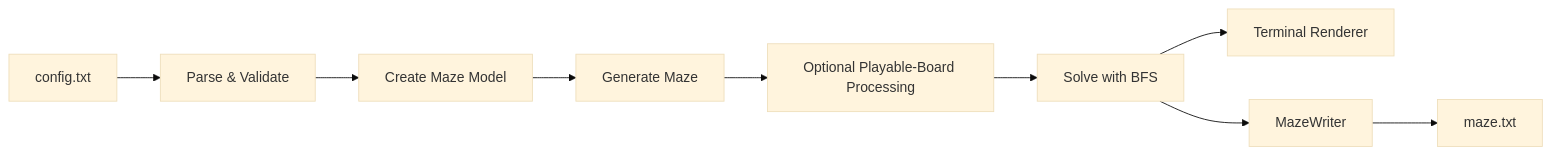
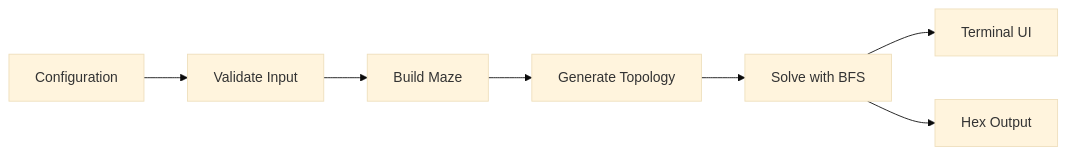
The first of 2 diagrams in README.md (shoffman010/A_MAZE_ING), drawn with Mermaid (base theme) before and after one commit. The commit also changed other lines of this file and 8 other files, not shown here.

````diff
--- a/README.md
+++ b/README.md
@@ -80,11 +46,9 @@
 ```mermaid
 flowchart LR
-    A["config.txt"] --> B["Parse & Validate"]
-    B --> C["Create Maze Model"]
-    C --> D["Generate Maze"]
-    D --> E["Optional Playable-Board Processing"]
-    E --> F["Solve with BFS"]
-    F --> G["Terminal Renderer"]
-    F --> H["MazeWriter"]
-    H --> I["maze.txt"]
+    A["Configuration"] --> B["Validate Input"]
+    B --> C["Build Maze"]
+    C --> D["Generate Topology"]
+    D --> E["Solve with BFS"]
+    E --> F["Terminal UI"]
+    E --> G["Hex Output"]
 ```
````
